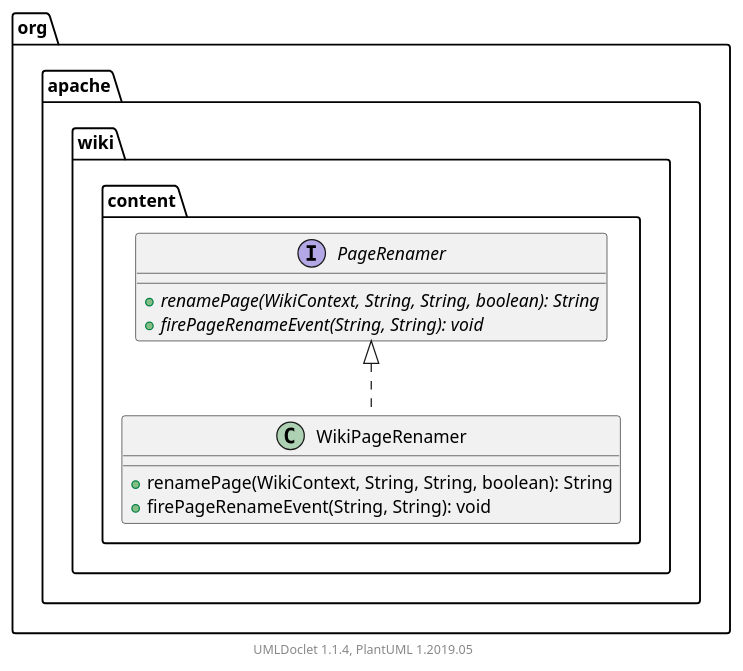
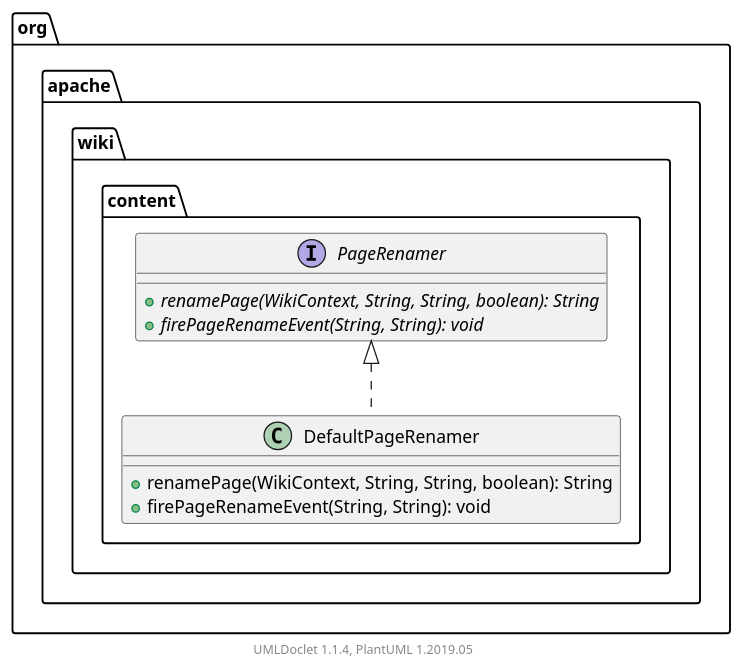
One commit to apache/jspwiki-site changed the diagram in apidocs/2.11.0.M7-SNAPSHOT/org/apache/wiki/content/package.puml. Above: the diagram before and after it, drawn with PlantUML. The commit also changed 1211 other files, not shown here.

```diff
--- a/apidocs/2.11.0.M7-SNAPSHOT/org/apache/wiki/content/package.puml
+++ b/apidocs/2.11.0.M7-SNAPSHOT/org/apache/wiki/content/package.puml
@@ -1,21 +1,21 @@
 @startuml
 
     namespace org.apache.wiki.content {
+
+        class DefaultPageRenamer [[DefaultPageRenamer.html]] {
+            +renamePage(WikiContext, String, String, boolean): String
+            +firePageRenameEvent(String, String): void
+        }
 
         interface PageRenamer [[PageRenamer.html]] {
             {abstract} +renamePage(WikiContext, String, String, boolean): String
             {abstract} +firePageRenameEvent(String, String): void
         }
 
-        class WikiPageRenamer [[WikiPageRenamer.html]] {
-            +renamePage(WikiContext, String, String, boolean): String
-            +firePageRenameEvent(String, String): void
-        }
-
-        PageRenamer <|.. WikiPageRenamer
+        PageRenamer <|.. DefaultPageRenamer
 
     }
 
 
     center footer UMLDoclet 1.1.4, PlantUML 1.2019.05
 @enduml
```
